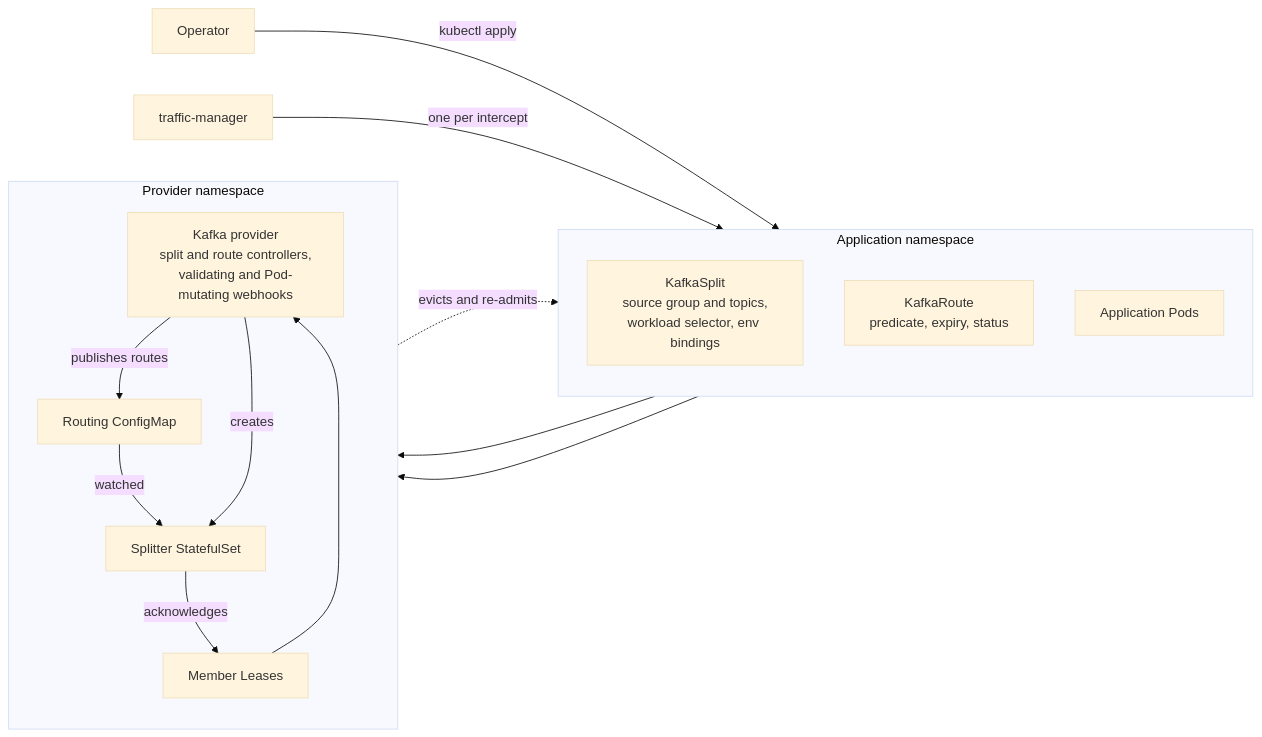
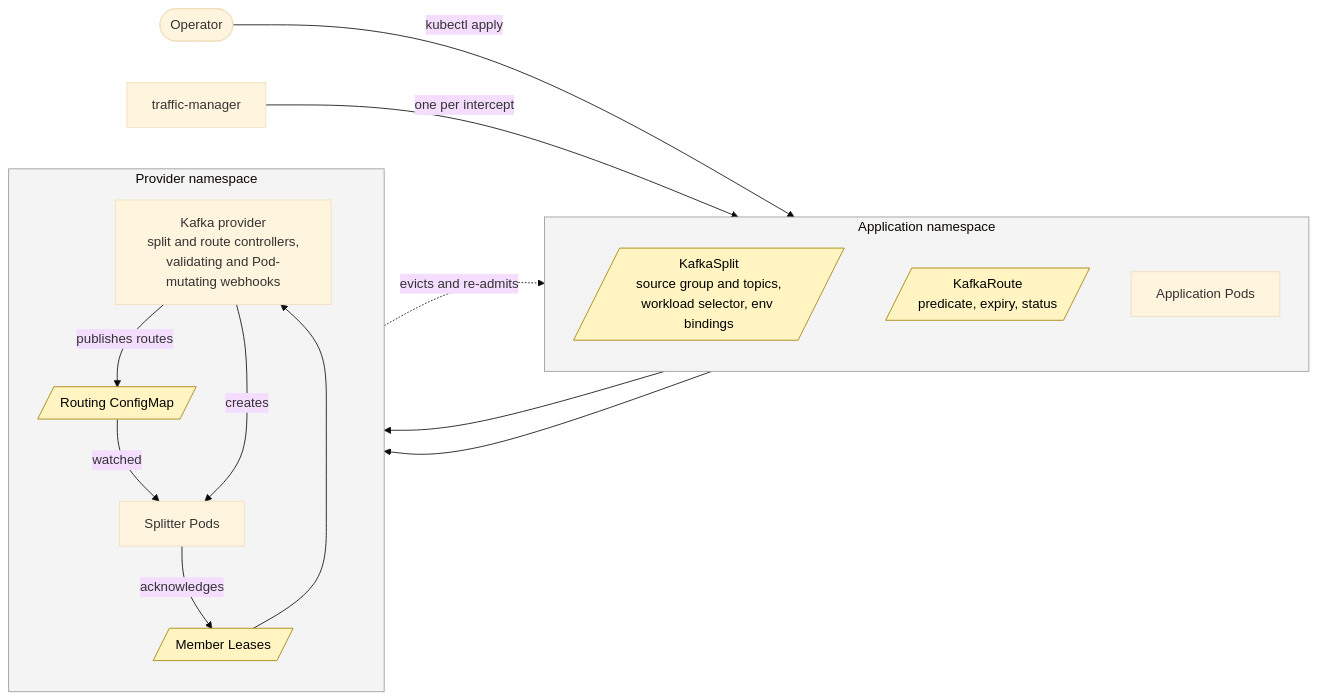
The second of 5 diagrams in docs/concepts/kafka-intercepts.md (telepresenceio/telepresence), drawn with Mermaid (base theme) before and after one commit. The commit also changed other lines of this file, not shown here.

Commit message:
Say what KafkaSplit and KafkaRoute are in the concept page

````diff
--- a/docs/concepts/kafka-intercepts.md
+++ b/docs/concepts/kafka-intercepts.md
@@ -38,29 +56,33 @@
 ```mermaid
 flowchart LR
-  op["Operator"] -- "kubectl apply" --> split
+  op([Operator]) -- "kubectl apply" --> split
   tm["traffic-manager"] -- "one per intercept" --> route
 
   subgraph appns["Application namespace"]
     direction TB
     app["Application Pods"]
-    split["KafkaSplit<br/>source group and topics,<br/>workload selector, env bindings"]
-    route["KafkaRoute<br/>predicate, expiry, status"]
+    split[/"KafkaSplit<br/>source group and topics,<br/>workload selector, env bindings"/]
+    route[/"KafkaRoute<br/>predicate, expiry, status"/]
   end
 
   subgraph provns["Provider namespace"]
     direction TB
     prov["Kafka provider<br/>split and route controllers,<br/>validating and Pod-mutating webhooks"]
-    cm["Routing ConfigMap"]
-    sts["Splitter StatefulSet"]
-    leases["Member Leases"]
+    cm[/"Routing ConfigMap"/]
+    sts["Splitter Pods"]
+    leases[/"Member Leases"/]
   end
 
   split --> prov
   route --> prov
   prov -- "publishes routes" --> cm
   cm -- "watched" --> sts
   prov -- "creates" --> sts
   sts -- "acknowledges" --> leases
   leases --> prov
   prov -. "evicts and re-admits" .-> app
+  classDef resource fill:#fff4c2,stroke:#a08000,color:#000
+  class split,route,cm,leases resource
+  style appns fill:#f4f4f4,stroke:#999
+  style provns fill:#f4f4f4,stroke:#999
 ```
````
